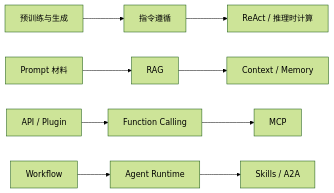
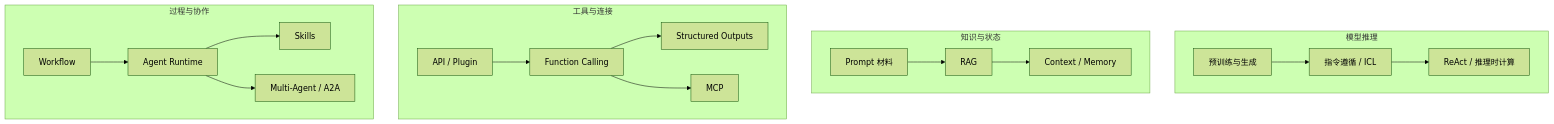
Before and after one commit to FoLaJJ/agent-systems-notes: the second of 5 diagrams in README.md, drawn with Mermaid (forest theme). The commit also changed other lines of this file and 13 other files, not shown here.

Commit message:
Refine Mermaid diagram layouts

````diff
--- a/README.md
+++ b/README.md
@@ -71,7 +57,19 @@
 ```mermaid
-flowchart LR
-    A1["预训练与生成"] --> A2["指令遵循"] --> A3["ReAct / 推理时计算"]
-    B1["Prompt 材料"] --> B2["RAG"] --> B3["Context / Memory"]
-    C1["API / Plugin"] --> C2["Function Calling"] --> C3["MCP"]
-    D1["Workflow"] --> D2["Agent Runtime"] --> D3["Skills / A2A"]
+flowchart TB
+    subgraph R1["模型推理"]
+      A1["预训练与生成"] --> A2["指令遵循 / ICL"] --> A3["ReAct / 推理时计算"]
+    end
+    subgraph R2["知识与状态"]
+      B1["Prompt 材料"] --> B2["RAG"] --> B3["Context / Memory"]
+    end
+    subgraph R3["工具与连接"]
+      C1["API / Plugin"] --> C2["Function Calling"]
+      C2 --> C3["Structured Outputs"]
+      C2 --> C4["MCP"]
+    end
+    subgraph R4["过程与协作"]
+      D1["Workflow"] --> D2["Agent Runtime"]
+      D2 --> D3["Skills"]
+      D2 --> D4["Multi-Agent / A2A"]
+    end
 ```
````
